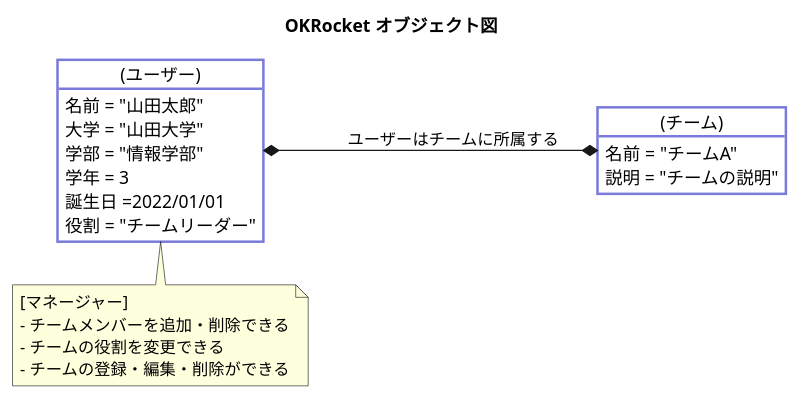
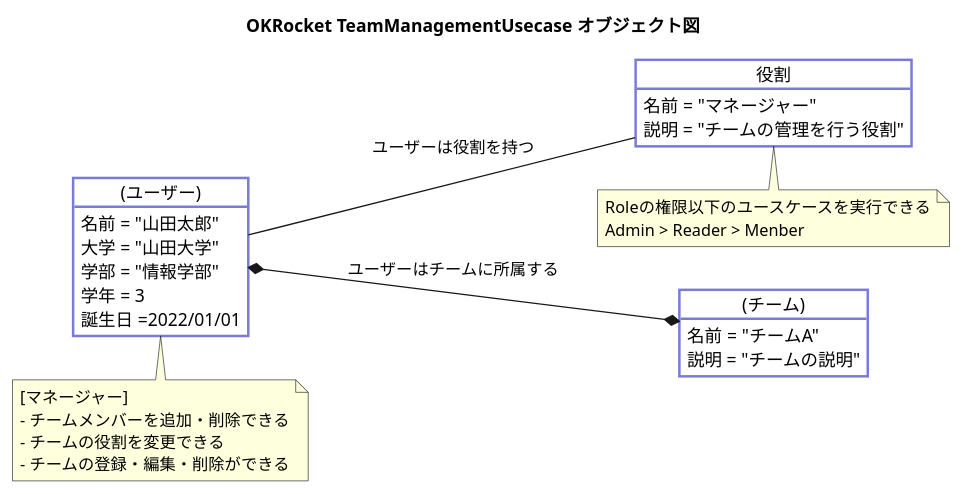
Before and after one commit to Yuma-Tsukakoshi/OKRocket: the diagram in docs/3-object/TeamManagementUsecase.pu, drawn with PlantUML. The commit also changed 9 other files, not shown here.

```diff
--- a/docs/3-object/TeamManagementUsecase.pu
+++ b/docs/3-object/TeamManagementUsecase.pu
@@ -1,36 +1,45 @@
 @startuml
-title OKRocket オブジェクト図
+title OKRocket TeamManagementUsecase オブジェクト図
 
 left to right direction
 
 skinparam object {
   BackgroundColor #ffffff
   BorderColor #7a7adb
   FontColor #000000
   BorderThickness 2
 }
 
 object "(ユーザー)" as User {
   名前 = "山田太郎"
   大学 = "山田大学"
   学部 = "情報学部"
   学年 = 3
   誕生日 =2022/01/01
-  役割 = "チームリーダー"
+}
+
+object "役割" as Role {
+  名前 = "マネージャー"
+  説明 = "チームの管理を行う役割"
 }
 
 object "(チーム)" as Team {
   名前 = "チームA"
   説明 = "チームの説明"
 }
 
 User *--* Team : "ユーザーはチームに所属する"
+User -- Role : "ユーザーは役割を持つ"
+note bottom of Role
+  Roleの権限以下のユースケースを実行できる
+  Admin > Reader > Menber
+end note
 
 note bottom of User
   [マネージャー]
   - チームメンバーを追加・削除できる
   - チームの役割を変更できる
   - チームの登録・編集・削除ができる
 end note
 
 @enduml
```
